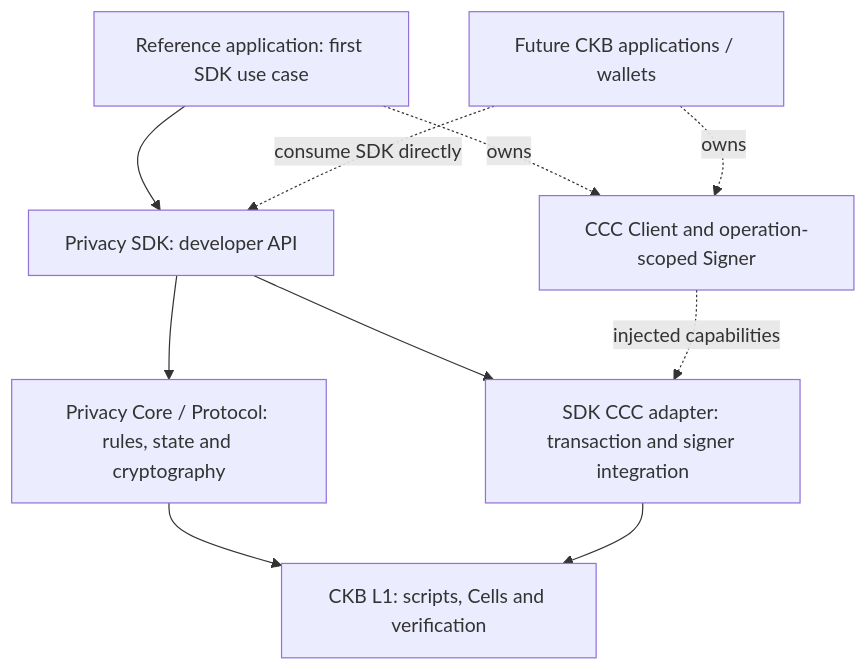
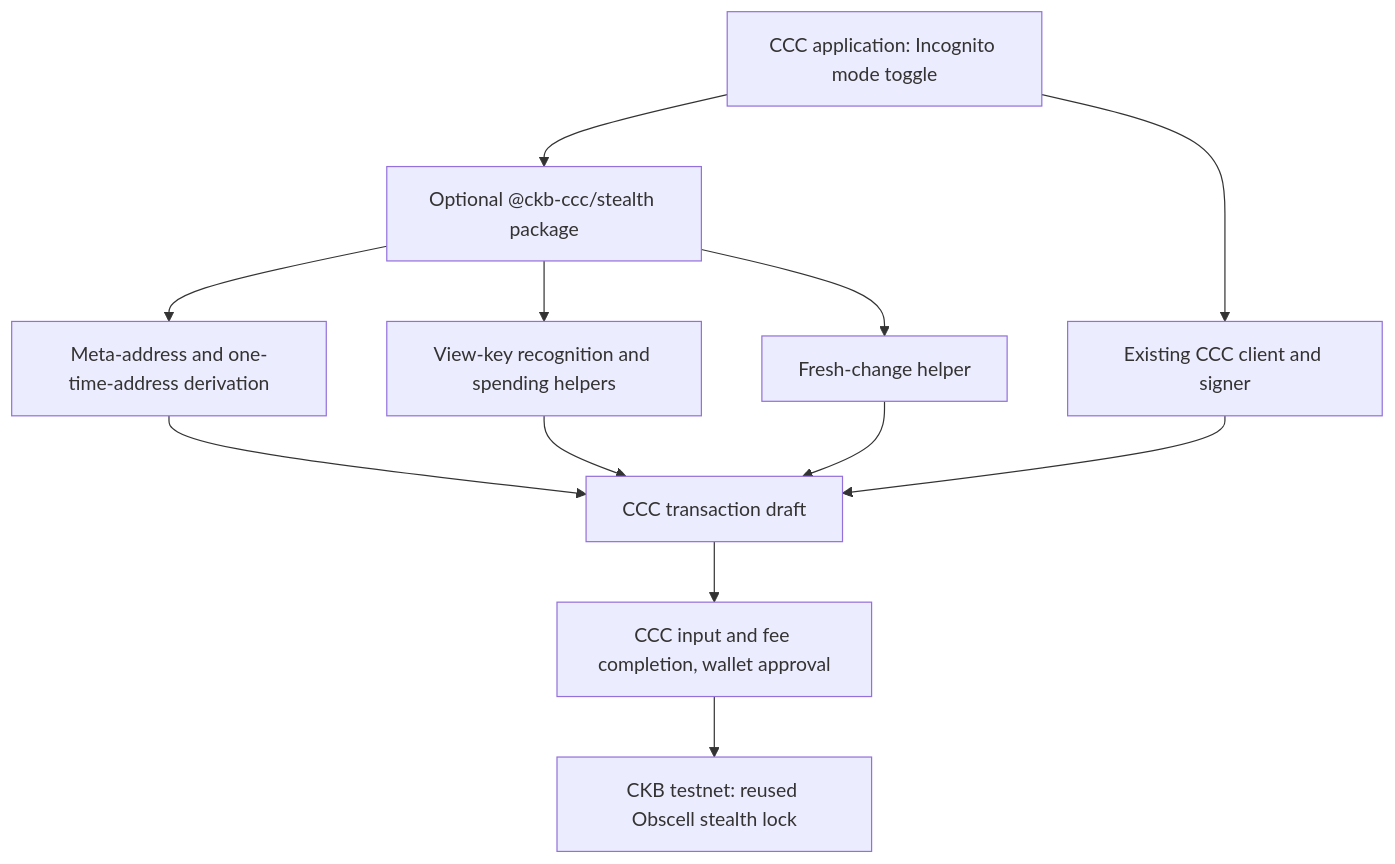
Before and after one commit to willy264/ckb-privacy: the diagram in docs/architecture.md, drawn with Mermaid. The commit also changed other lines of this file and 106 other files, not shown here.

First line of the commit message:
feat: pivot active project to CCC incognito demo

````diff
--- a/docs/architecture.md
+++ b/docs/architecture.md
@@ -23,12 +9,14 @@
 ```mermaid
 flowchart TD
-    R[Reference application: first SDK use case] --> S[Privacy SDK: developer API]
-    A[Future CKB applications / wallets] -. consume SDK directly .-> S
-    S --> P[Privacy Core / Protocol: rules, state and cryptography]
-    S --> X[SDK CCC adapter: transaction and signer integration]
-    R -. owns .-> C[CCC Client and operation-scoped Signer]
-    A -. owns .-> C
-    C -. injected capabilities .-> X
-    P --> K[CKB L1: scripts, Cells and verification]
-    X --> K
+    A[CCC application: Incognito mode toggle] --> S[Optional @ckb-ccc/stealth package]
+    A --> C[Existing CCC client and signer]
+    S --> D[Meta-address and one-time-address derivation]
+    S --> R[View-key recognition and spending helpers]
+    S --> F[Fresh-change helper]
+    D --> T[CCC transaction draft]
+    R --> T
+    F --> T
+    C --> T
+    T --> H[CCC input and fee completion, wallet approval]
+    H --> K[CKB testnet: reused Obscell stealth lock]
 ```
````
